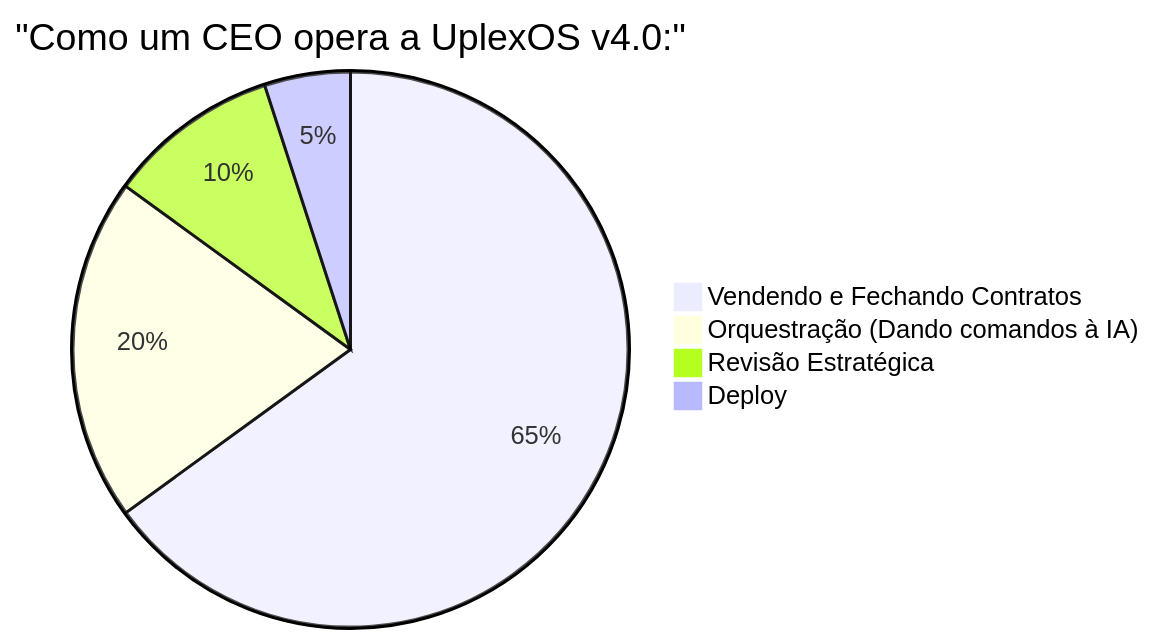
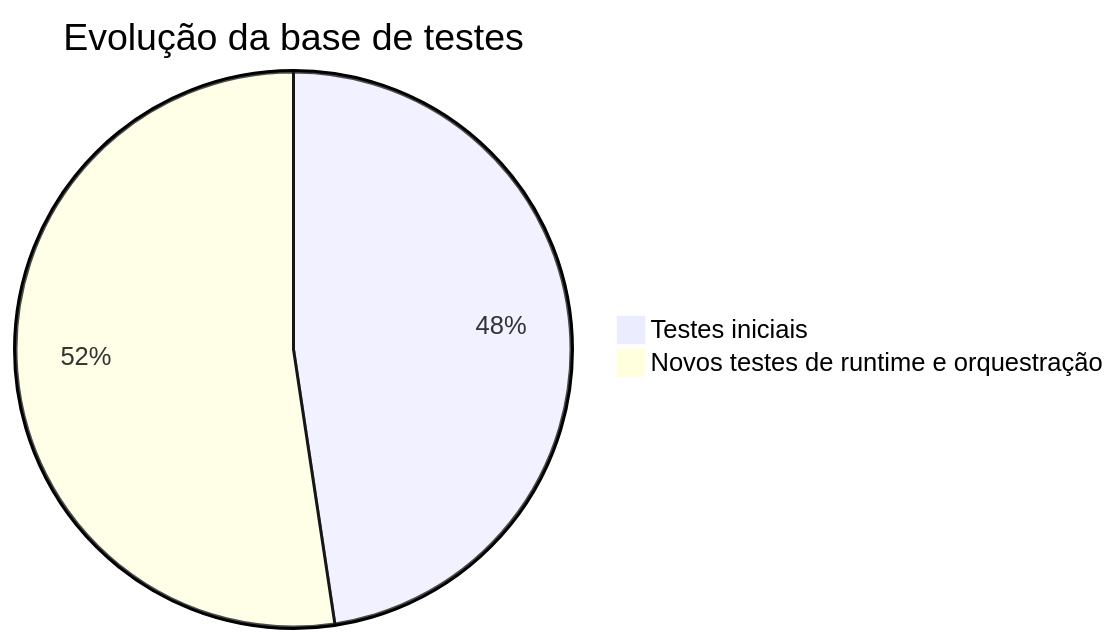
Before and after one commit to UplexOs/uplexOS: the ninth of 11 diagrams in README.md, drawn with Mermaid. The commit also changed other lines of this file and 133 other files, not shown here.

````diff
--- a/README.md
+++ b/README.md
@@ -128,7 +871,5 @@
 ```mermaid
-pie title "Como um CEO opera a UplexOS v4.0:"
-    "Vendendo e Fechando Contratos" : 65
-    "Orquestração (Dando comandos à IA)" : 20
-    "Revisão Estratégica" : 10
-    "Deploy" : 5
+pie title Evolução da base de testes
+    "Testes iniciais" : 20
+    "Novos testes de runtime e orquestração" : 22
 ```
````
